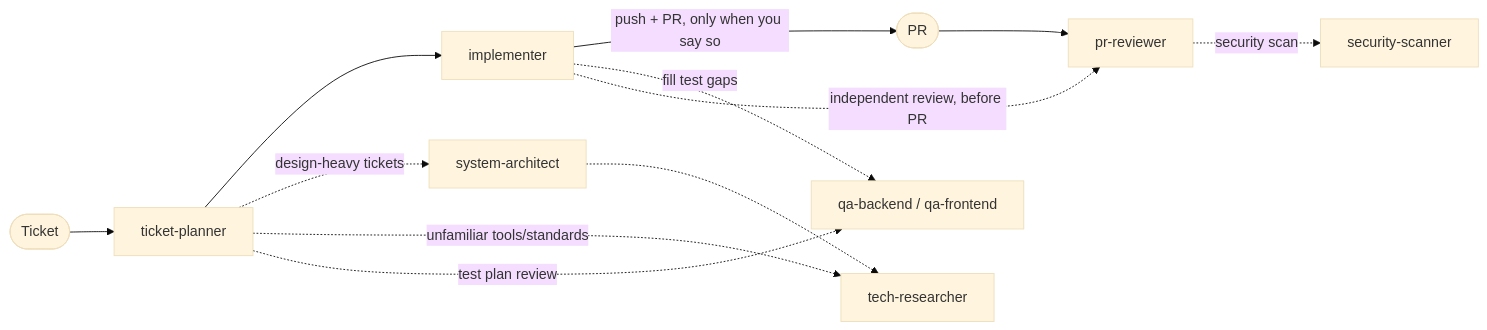
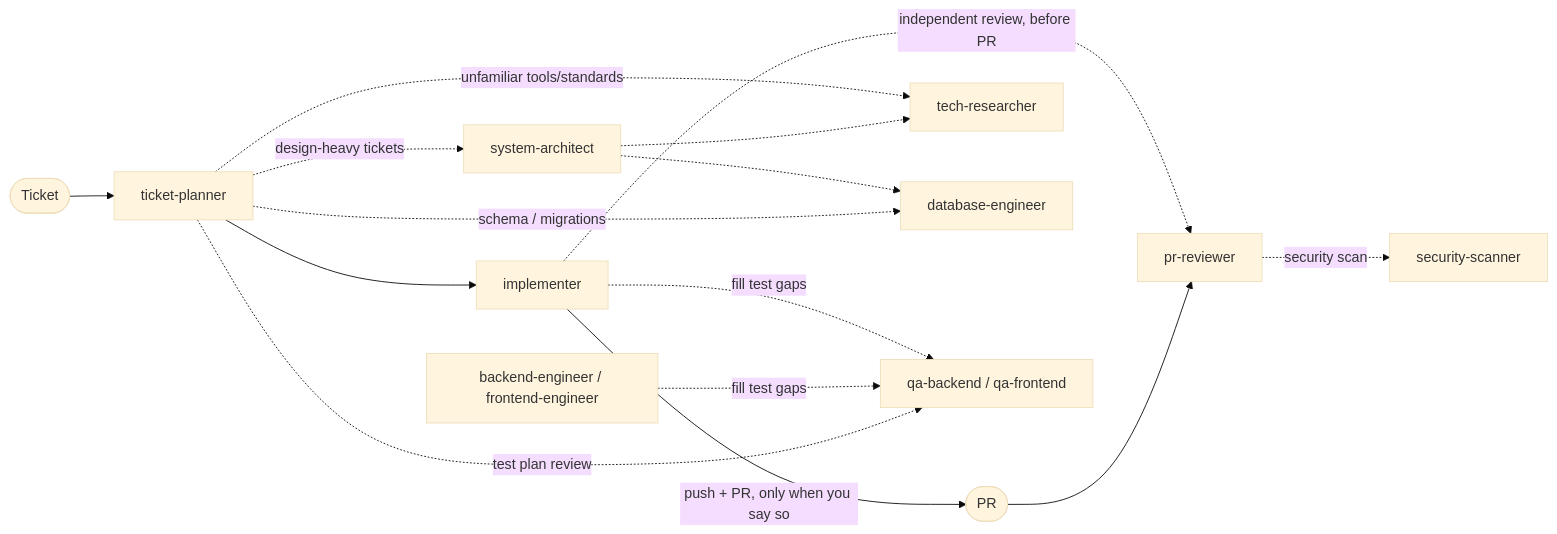
One commit to kcayme/k-agents changed the diagram in README.md. Above: the diagram before and after it, drawn with Mermaid (base theme). The commit also changed other lines of this file and 2 other files, not shown here.

Commit message:
docs: document the engineer agents and the developer-as-captain principle

````diff
--- a/README.md
+++ b/README.md
@@ -5,15 +5,18 @@
 ```mermaid
 flowchart LR
     T([Ticket]) --> TP[ticket-planner]
     TP --> IM[implementer]
     IM -->|push + PR, only when you say so| PR([PR])
     PR --> RV[pr-reviewer]
 
     TP -.->|design-heavy tickets| SA[system-architect]
     SA -.-> TR[tech-researcher]
     TP -.->|unfamiliar tools/standards| TR
+    TP -.->|schema / migrations| DB[database-engineer]
+    SA -.-> DB
     TP -.->|test plan review| QA[qa-backend / qa-frontend]
+    BE[backend-engineer / frontend-engineer] -.->|fill test gaps| QA
     IM -.->|fill test gaps| QA
     IM -.->|independent review, before PR| RV
     RV -.->|security scan| SS[security-scanner]
 ```
````
